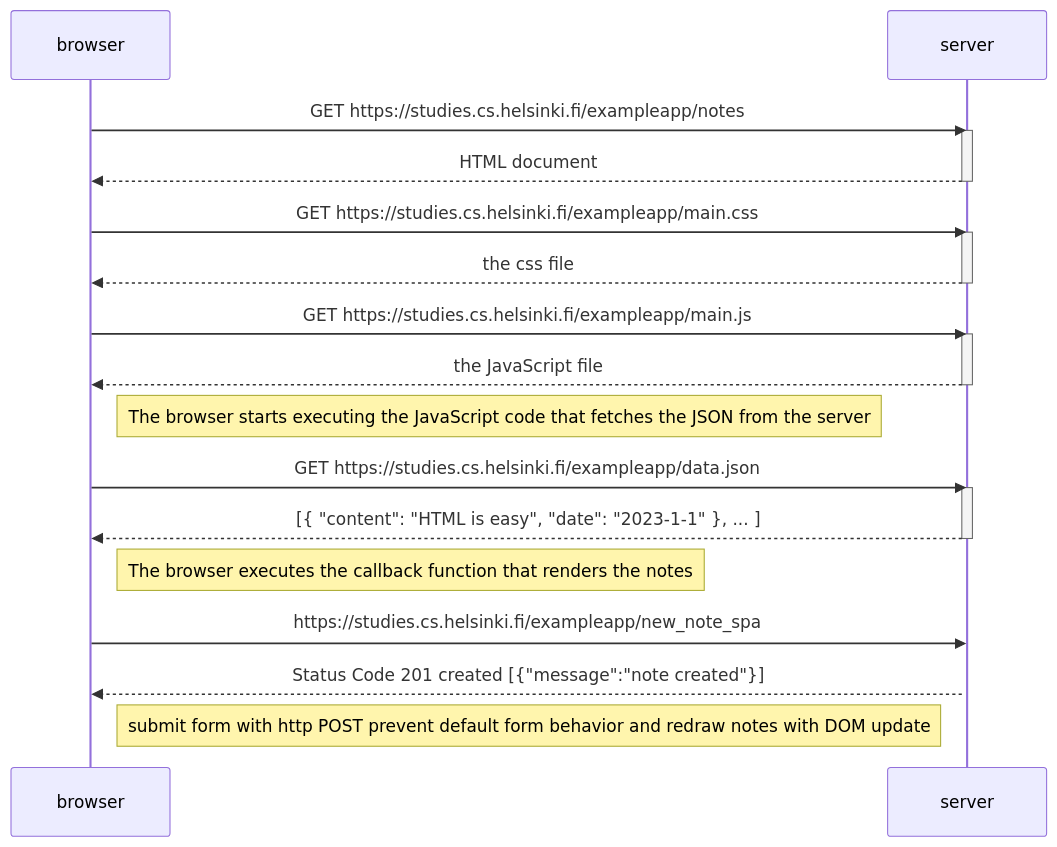
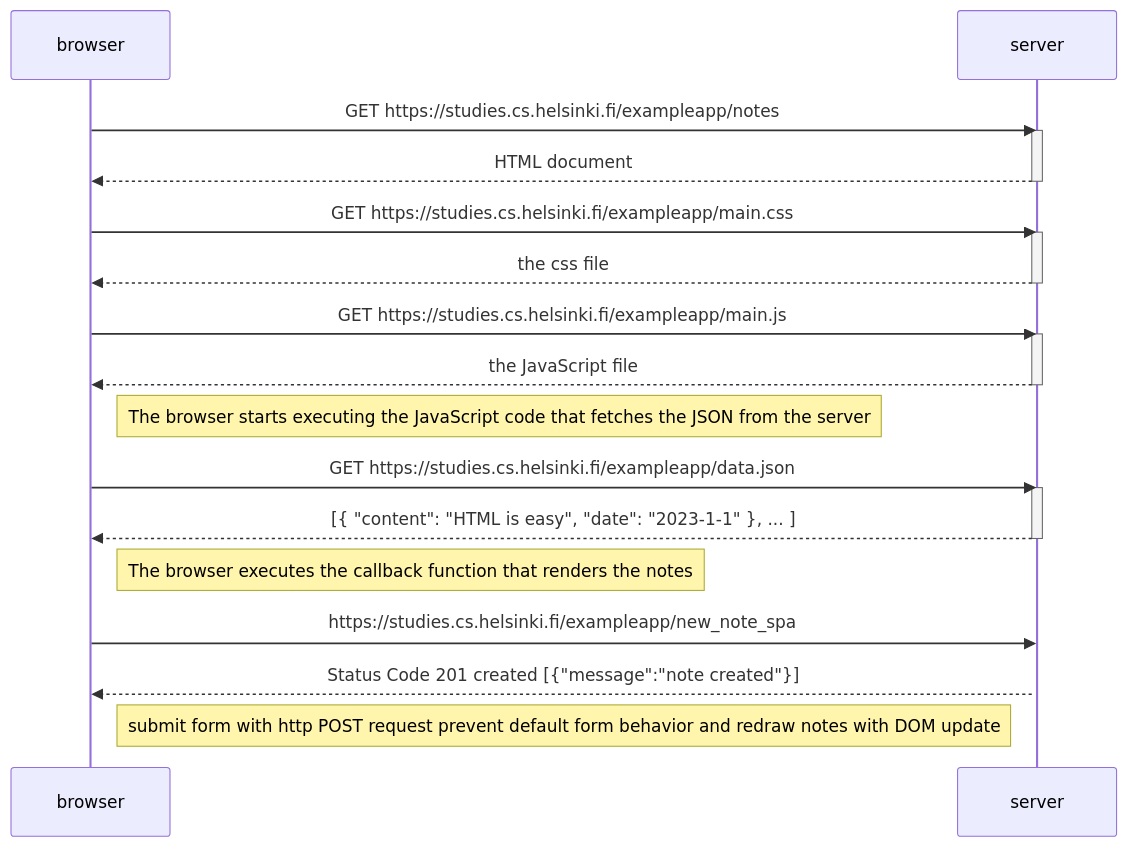
One commit to mocnyjakub/Full-Stack-Open-2022 changed the diagram in part0/0.6.md. Above: the diagram before and after it, drawn with Mermaid. The commit also changed 1 other file, not shown here.

Commit message:
part0 update md files

````diff
--- a/part0/0.6.md
+++ b/part0/0.6.md
@@ -1,35 +1,35 @@
 ```mermaid
 sequenceDiagram
     participant browser
     participant server
 
     browser->>server: GET https://studies.cs.helsinki.fi/exampleapp/notes
     activate server
     server-->>browser: HTML document
     deactivate server
 
     browser->>server: GET https://studies.cs.helsinki.fi/exampleapp/main.css
     activate server
     server-->>browser: the css file
     deactivate server
 
     browser->>server: GET https://studies.cs.helsinki.fi/exampleapp/main.js
     activate server
     server-->>browser: the JavaScript file
     deactivate server
 
     Note right of browser: The browser starts executing the JavaScript code that fetches the JSON from the server
 
     browser->>server: GET https://studies.cs.helsinki.fi/exampleapp/data.json
     activate server
     server-->>browser: [{ "content": "HTML is easy", "date": "2023-1-1" }, ... ]
     deactivate server
 
     Note right of browser: The browser executes the callback function that renders the notes
 
     browser->>server:https://studies.cs.helsinki.fi/exampleapp/new_note_spa
     activate server
     server-->>browser:Status Code 201 created  [{"message":"note created"}]
 
-    Note right of browser: submit form with http POST prevent default form behavior and redraw notes with DOM update
+    Note right of browser: submit form with http POST request prevent default form behavior and redraw notes with DOM update
 ```
````
